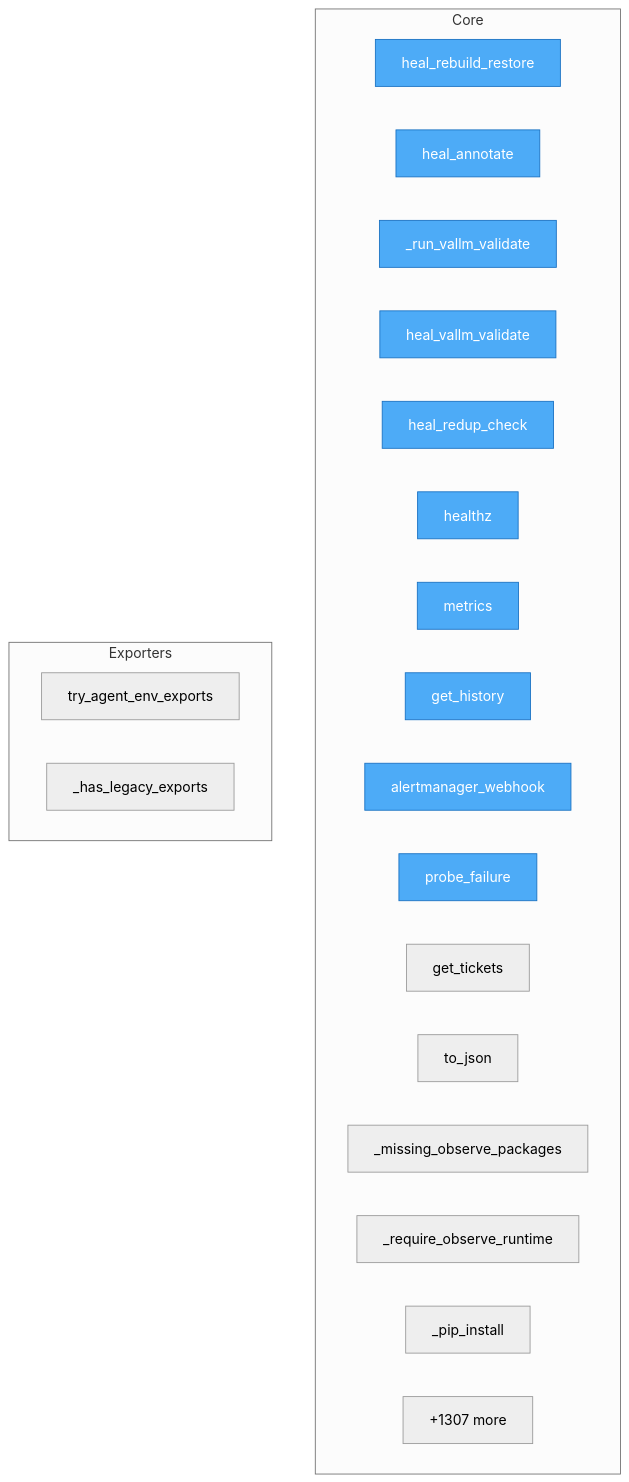
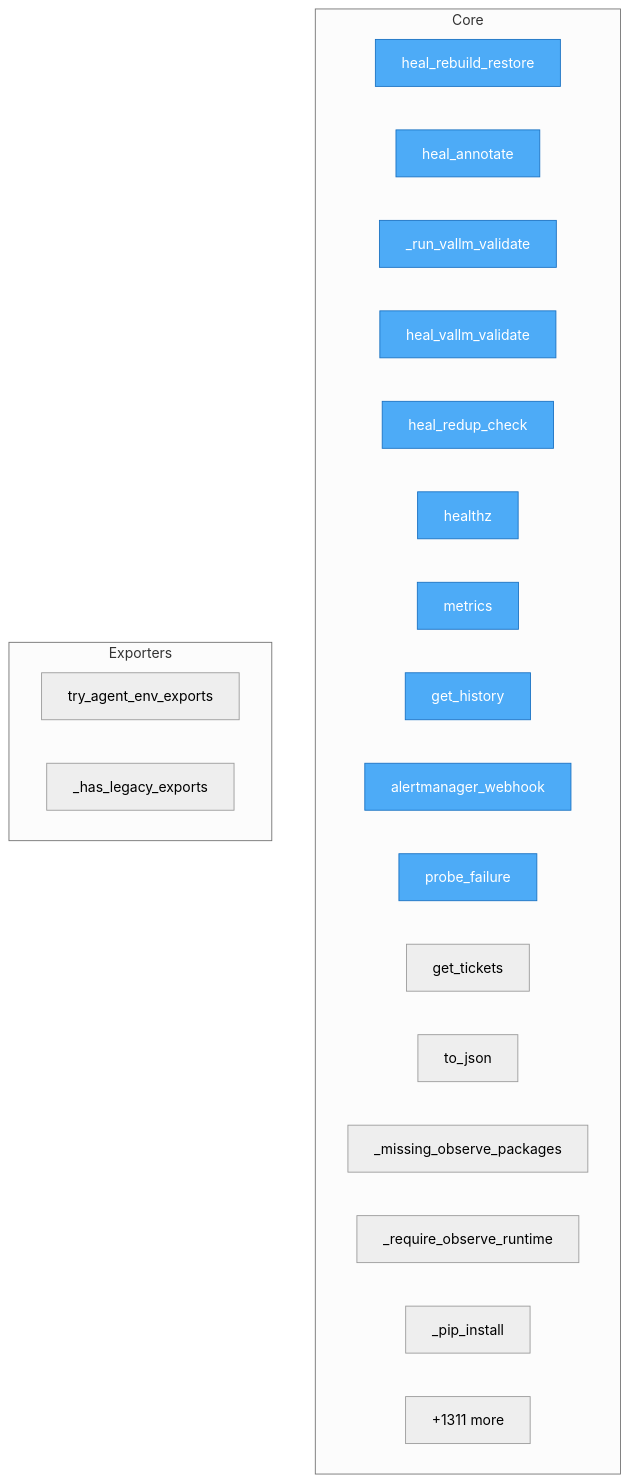
One commit to semcod/koru changed the diagram in project/flow.mmd. Above: the diagram before and after it, drawn with Mermaid (neutral theme). The commit also changed 45 other files, not shown here.

```diff
--- a/project/flow.mmd
+++ b/project/flow.mmd
@@ -1,31 +1,31 @@
 flowchart TD
-%% generated in 0.09s
+%% generated in 0.14s
 
     %% Entry points (blue)
     classDef entry fill:#4dabf7,stroke:#1971c2,color:#fff
 
     subgraph Core
         services__healing_webhook__app__heal_rebuild_restore["heal_rebuild_restore"]
         services__healing_webhook__app__heal_annotate["heal_annotate"]
         services__healing_webhook__app___run_vallm_validate["_run_vallm_validate"]
         services__healing_webhook__app__heal_vallm_validate["heal_vallm_validate"]
         services__healing_webhook__app__heal_redup_check["heal_redup_check"]
         services__healing_webhook__app__healthz["healthz"]
         services__healing_webhook__app__metrics["metrics"]
         services__healing_webhook__app__get_history["get_history"]
         services__healing_webhook__app__alertmanager_webhook["alertmanager_webhook"]
         services__healing_webhook__app__probe_failure["probe_failure"]
         services__healing_webhook__app__get_tickets["get_tickets"]
         src__koruobserve__lifecycle__ObserveProcesses__to_json["to_json"]
         src__koruobserve__cli___missing_observe_packages["_missing_observe_packages"]
         src__koruobserve__cli___require_observe_runtime["_require_observe_runtime"]
         src__koruobserve__cli___pip_install["_pip_install"]
-        ...["+1307 more"]
+        ...["+1311 more"]
     end
 
     subgraph Exporters
         src__koru__agent_cli_helpers__try_agent_env_exports["try_agent_env_exports"]
         src__koru__cli___has_legacy_exports["_has_legacy_exports"]
     end
 
     class services__healing_webhook__app__heal_rebuild_restore,services__healing_webhook__app__heal_annotate,services__healing_webhook__app___run_vallm_validate,services__healing_webhook__app__heal_vallm_validate,services__healing_webhook__app__heal_redup_check,services__healing_webhook__app__healthz,services__healing_webhook__app__metrics,services__healing_webhook__app__get_history,services__healing_webhook__app__alertmanager_webhook,services__healing_webhook__app__probe_failure entry
```
